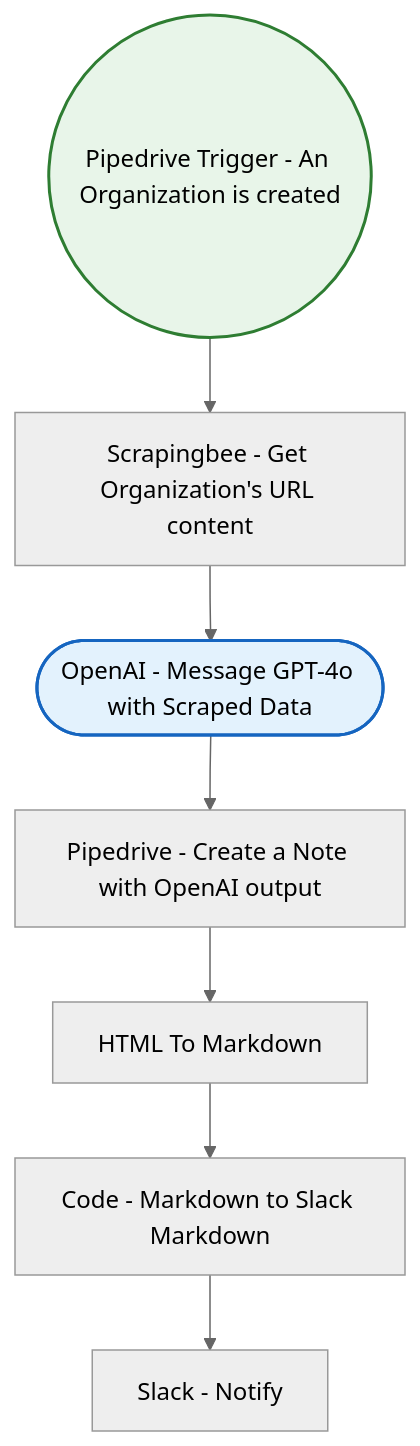
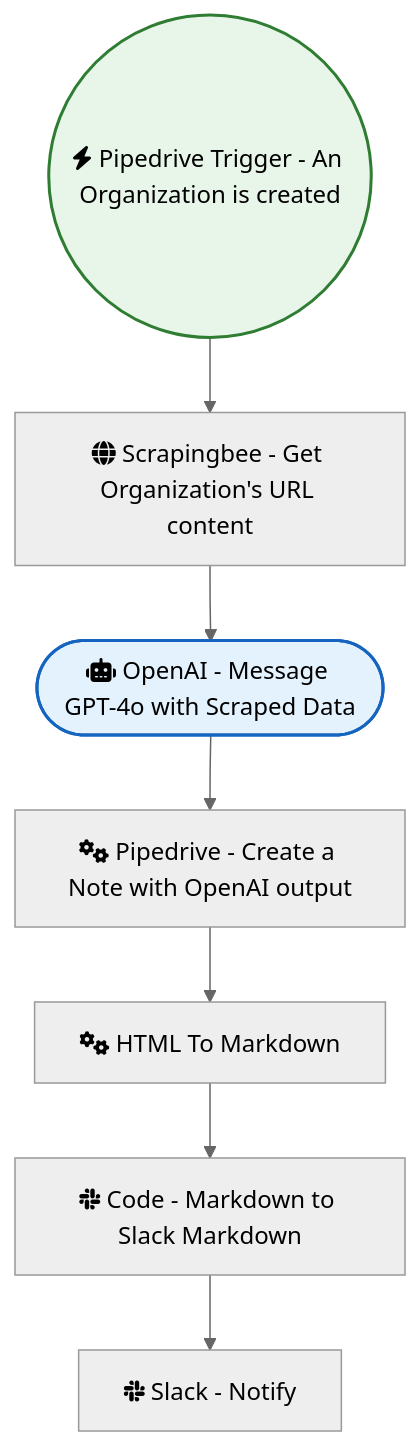
Before and after one commit to sreyash3105/N8N-DEMO-AUTOMATIONS: the diagram in Slack/Piepdrive-test.md, drawn with Mermaid (neutral theme). The commit also changed 291 other files, not shown here.

````diff
--- a/Slack/Piepdrive-test.md
+++ b/Slack/Piepdrive-test.md
@@ -1,21 +1,21 @@
 ```mermaid
 graph TD
     classDef trigger fill:#e8f5e9,stroke:#2e7d32,stroke-width:2px;
     classDef ai fill:#e3f2fd,stroke:#1565c0,stroke-width:2px;
     classDef logic fill:#fff3e0,stroke:#ef6c00,stroke-width:2px;
 
-    Pipedrive_Trigger___An_Organization_is_created(("Pipedrive Trigger - An Organization is created")):::trigger
-    Pipedrive___Create_a_Note_with_OpenAI_output["Pipedrive - Create a Note with OpenAI output"]
-    Code___Markdown_to_Slack_Markdown["Code - Markdown to Slack Markdown"]
-    Scrapingbee___Get_Organization_s_URL_content["Scrapingbee - Get Organization's URL content"]
-    HTML_To_Markdown["HTML To Markdown"]
-    Slack___Notify_["Slack - Notify "]
-    OpenAI___Message_GPT_4o_with_Scraped_Data(["OpenAI - Message GPT-4o with Scraped Data"]):::ai
+    Pipedrive_Trigger___An_Organization_is_created(("fas:fa-bolt Pipedrive Trigger - An Organization is created")):::trigger
+    Pipedrive___Create_a_Note_with_OpenAI_output["fas:fa-cogs Pipedrive - Create a Note with OpenAI output"]
+    Code___Markdown_to_Slack_Markdown["fab:fa-slack Code - Markdown to Slack Markdown"]
+    Scrapingbee___Get_Organization_s_URL_content["fas:fa-globe Scrapingbee - Get Organization's URL content"]
+    HTML_To_Markdown["fas:fa-cogs HTML To Markdown"]
+    Slack___Notify_["fab:fa-slack Slack - Notify "]
+    OpenAI___Message_GPT_4o_with_Scraped_Data(["fas:fa-robot OpenAI - Message GPT-4o with Scraped Data"]):::ai
 
     HTML_To_Markdown --> Code___Markdown_to_Slack_Markdown
     Code___Markdown_to_Slack_Markdown --> Slack___Notify_
     OpenAI___Message_GPT_4o_with_Scraped_Data --> Pipedrive___Create_a_Note_with_OpenAI_output
     Pipedrive___Create_a_Note_with_OpenAI_output --> HTML_To_Markdown
     Scrapingbee___Get_Organization_s_URL_content --> OpenAI___Message_GPT_4o_with_Scraped_Data
     Pipedrive_Trigger___An_Organization_is_created --> Scrapingbee___Get_Organization_s_URL_content
 ```
````
